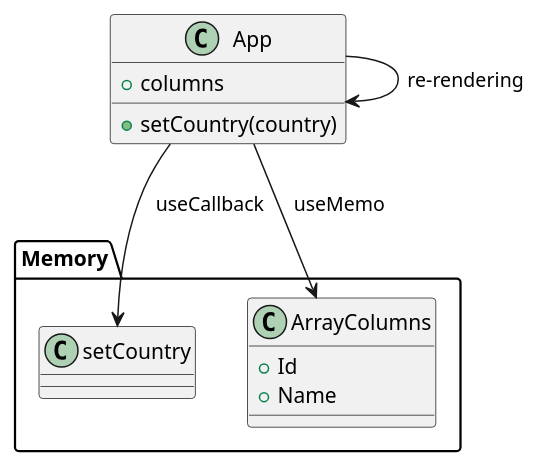
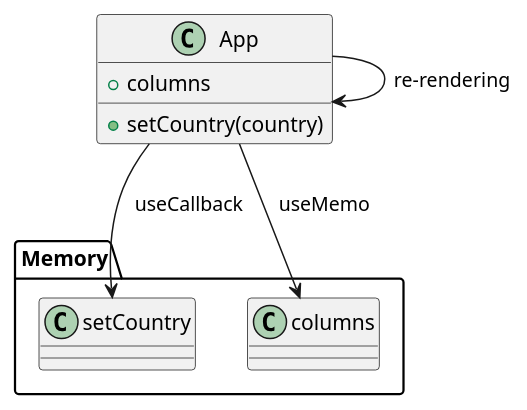
The fourth of 4 diagrams in website/docs/rendering/optimization.md (hondilla/react-course), drawn with PlantUML before and after one commit. The commit also changed other lines of this file, not shown here.

````diff
--- a/website/docs/rendering/optimization.md
+++ b/website/docs/rendering/optimization.md
@@ -308,19 +296,16 @@
 ```plantuml useCallback
 class App {
  + columns
  + setCountry(country)
 }
 
 App --> App : re-rendering
 
 package Memory {
   class setCountry {}
-  class ArrayColumns {
-    +Id
-    +Name
-  }
+  class columns {}
 }
 
-App --> ArrayColumns: "  useMemo"
+App --> columns: "  useMemo"
 App --> setCountry : "  useCallback"
 ```
````
